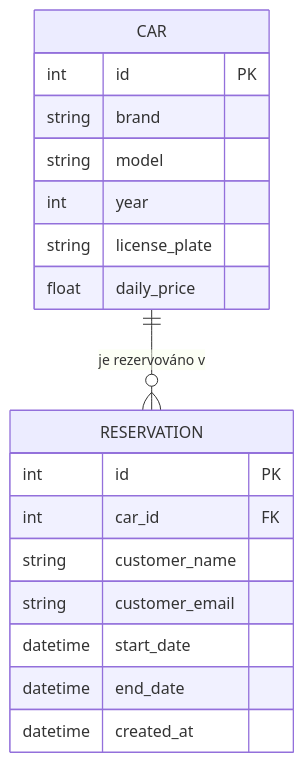
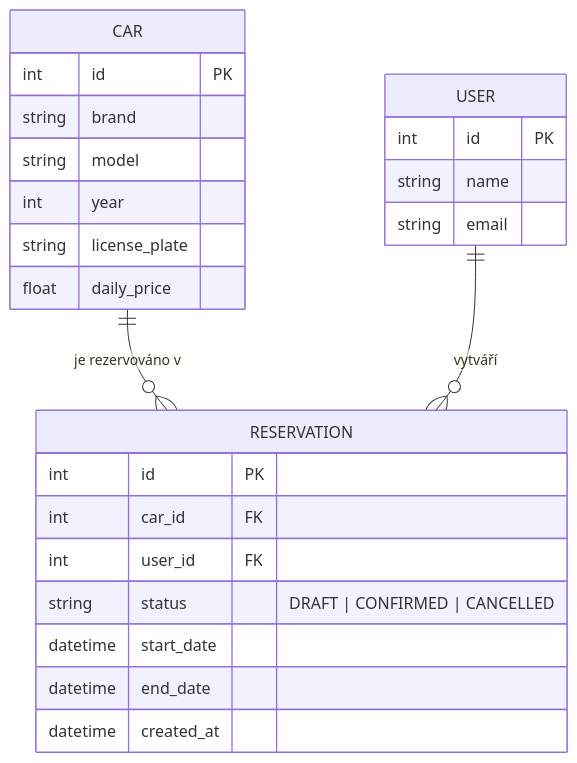
Before and after one commit to DavidMagyarics/CarRentalVSB: the first of 2 diagrams in docs/domenovy-model.md, drawn with Mermaid. The commit also changed other lines of this file and 19 other files, not shown here.

First line of the commit message:
feat: reservation states, confirm/cancel/availability, User entity, Notification boundary

````diff
--- a/docs/domenovy-model.md
+++ b/docs/domenovy-model.md
@@ -5,23 +5,30 @@
 ```mermaid
 erDiagram
   CAR ||--o{ RESERVATION : "je rezervováno v"
+  USER ||--o{ RESERVATION : "vytváří"
 
   CAR {
     int id PK
     string brand
     string model
     int year
     string license_plate
     float daily_price
   }
 
+  USER {
+    int id PK
+    string name
+    string email
+  }
+
   RESERVATION {
     int id PK
     int car_id FK
-    string customer_name
-    string customer_email
+    int user_id FK
+    string status "DRAFT | CONFIRMED | CANCELLED"
     datetime start_date
     datetime end_date
     datetime created_at
   }
 ```
````
